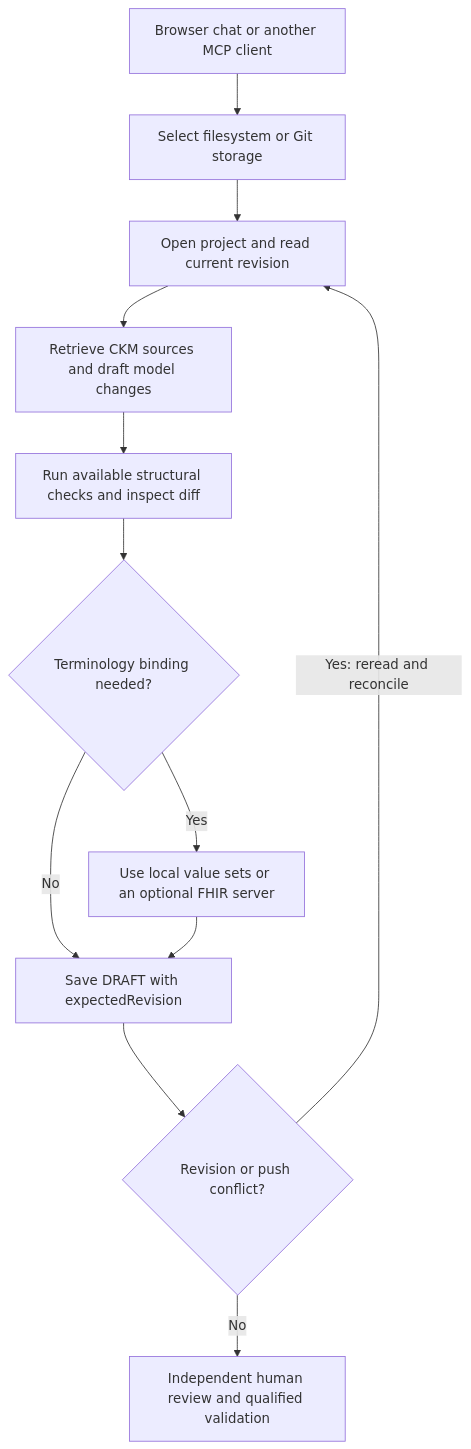
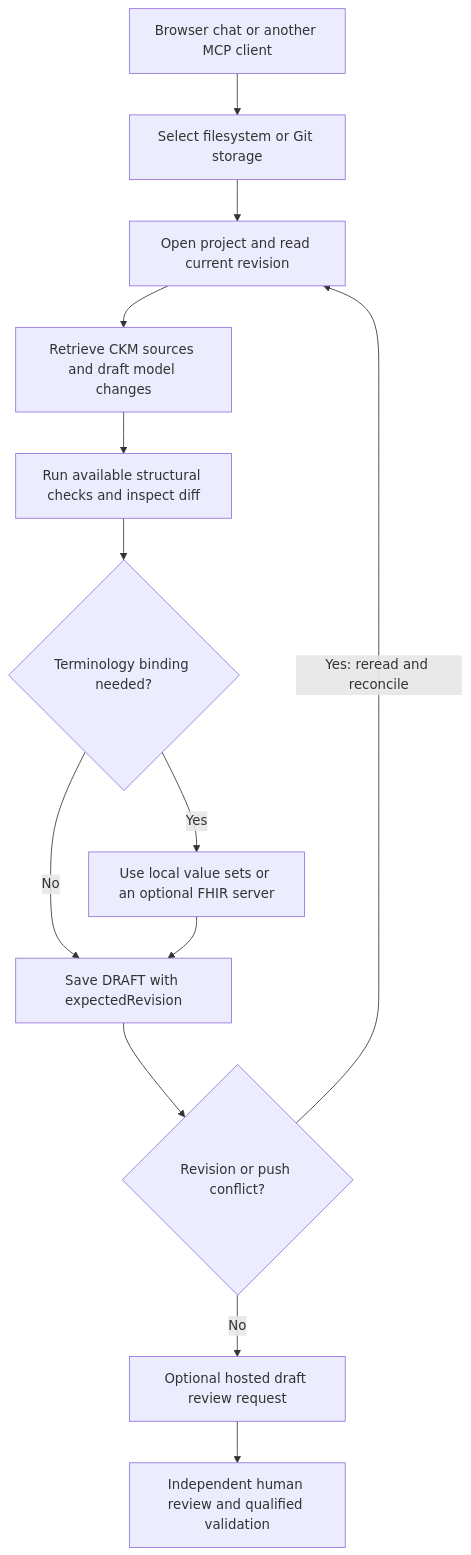
The second of 2 diagrams in README.md (CzarMich/openehr-modelling-assistant), drawn with Mermaid before and after one commit. The commit also changed other lines of this file and 50 other files, not shown here.

Commit message:
feat(repository): add GitHub and GitLab draft review capabilities

````diff
--- a/README.md
+++ b/README.md
@@ -115,13 +116,14 @@
 ```mermaid
 flowchart TD
     Chat[Browser chat or another MCP client] --> P[Select filesystem or Git storage] --> R[Open project and read current revision]
     R --> D[Retrieve CKM sources and draft model changes]
     D --> V[Run available structural checks and inspect diff]
     V --> T{Terminology binding needed?}
     T -->|No| S[Save DRAFT with expectedRevision]
     T -->|Yes| B[Use local value sets or an optional FHIR server]
     B --> S
     S --> C{Revision or push conflict?}
     C -->|Yes: reread and reconcile| R
-    C -->|No| H[Independent human review and qualified validation]
+    C -->|No| PR[Optional hosted draft review request]
+    PR --> H[Independent human review and qualified validation]
 ```
````
